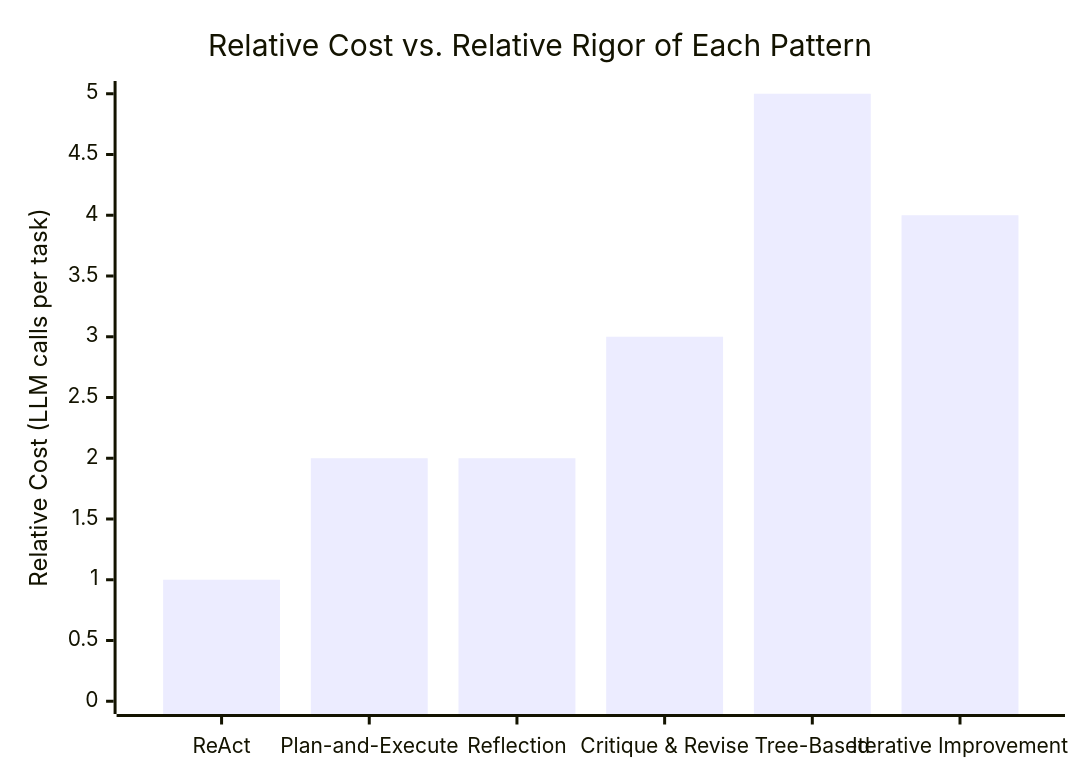
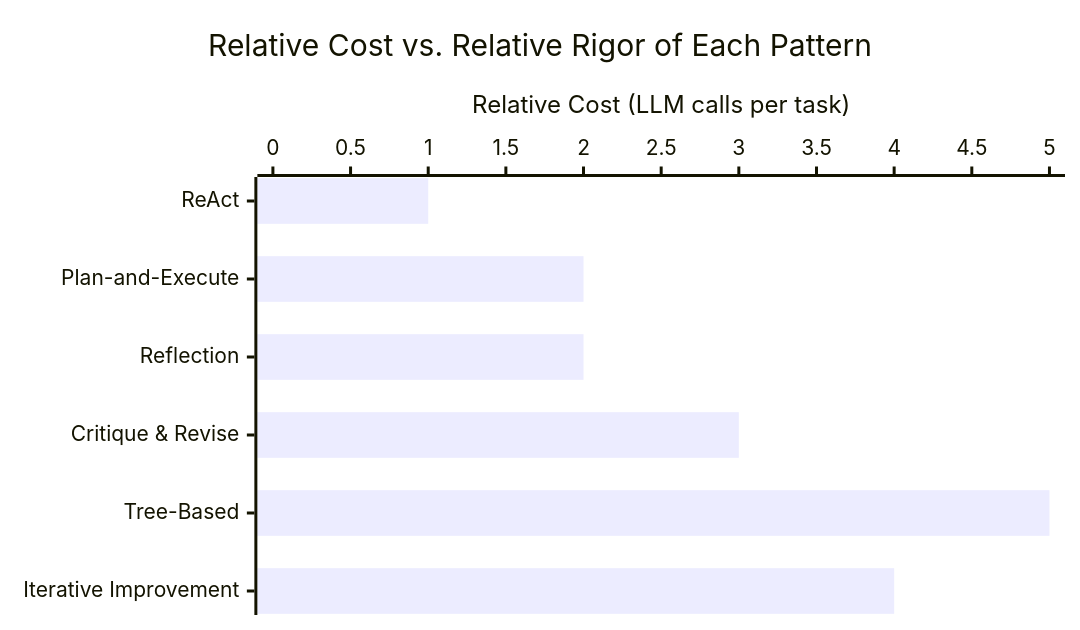
The first of 2 diagrams in 12-Module12-Reasoning-Patterns.md (vibhutipratapsingh/AgenticAI), drawn with Mermaid before and after one commit. The commit also changed 3 other files, not shown here.

First line of the commit message:
Fix overlapping chart labels and misaligned ASCII table

````diff
--- a/12-Module12-Reasoning-Patterns.md
+++ b/12-Module12-Reasoning-Patterns.md
@@ -295,7 +295,14 @@
 ```mermaid
+---
+config:
+  xyChart:
+    chartOrientation: horizontal
+    width: 700
+    height: 400
+---
 xychart-beta
     title "Relative Cost vs. Relative Rigor of Each Pattern"
     x-axis ["ReAct", "Plan-and-Execute", "Reflection", "Critique & Revise", "Tree-Based", "Iterative Improvement"]
     y-axis "Relative Cost (LLM calls per task)" 0 --> 5
     bar [1, 2, 2, 3, 5, 4]
 ```
````
